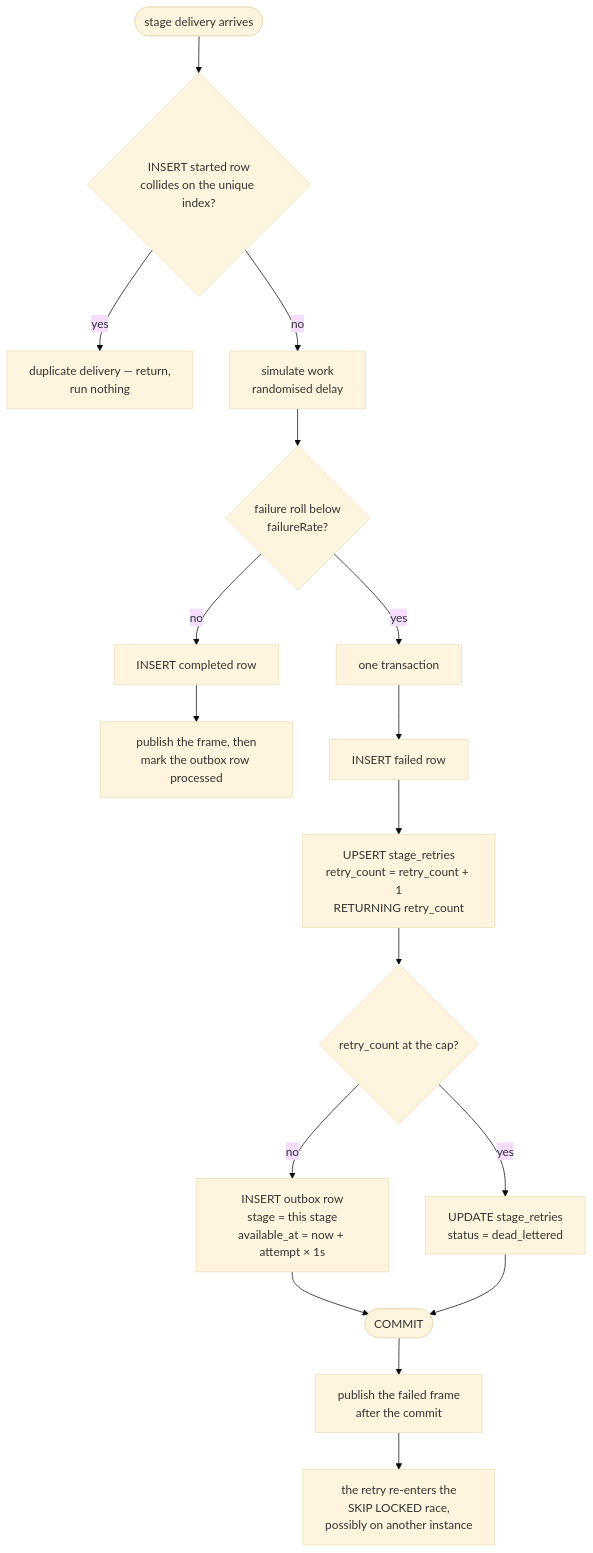
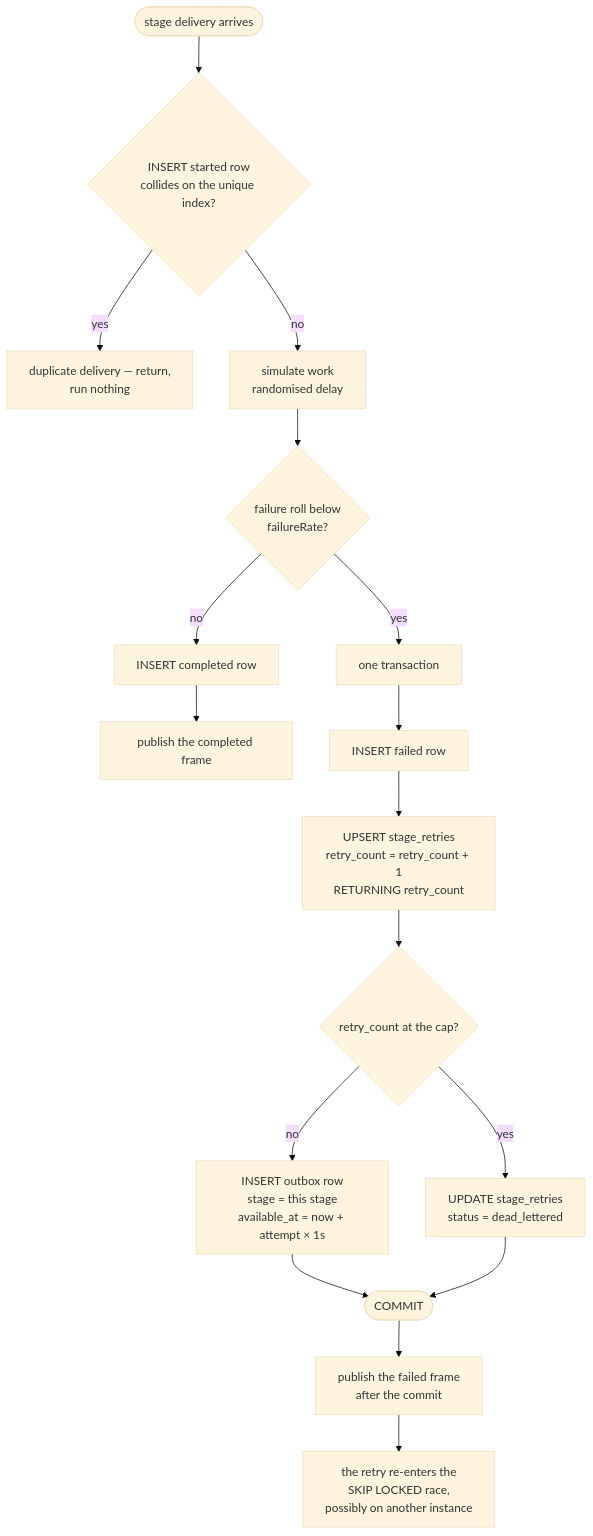
Before and after one commit to Mootaz12/order-outbox-lab: the third of 6 diagrams in README.md, drawn with Mermaid (base theme). The commit also changed other lines of this file and 51 other files, not shown here.

Commit message:
Add JSDoc, per-feature tests and READMEs, and architecture docs

````diff
--- a/README.md
+++ b/README.md
@@ -145,19 +159,19 @@
 ```mermaid
 flowchart TD
     start(["stage delivery arrives"]) --> claim{"INSERT started row<br/>collides on the unique index?"}
     claim -->|yes| skip["duplicate delivery — return,<br/>run nothing"]
     claim -->|no| work["simulate work<br/>randomised delay"]
     work --> roll{"failure roll below<br/>failureRate?"}
     roll -->|no| ok["INSERT completed row"]
-    ok --> pub_ok["publish the frame, then<br/>mark the outbox row processed"]
+    ok --> pub_ok["publish the completed frame"]
     roll -->|yes| txn["one transaction"]
     txn --> t1["INSERT failed row"]
     t1 --> t2["UPSERT stage_retries<br/>retry_count = retry_count + 1<br/>RETURNING retry_count"]
     t2 --> dec{"retry_count at the cap?"}
     dec -->|no| q["INSERT outbox row<br/>stage = this stage<br/>available_at = now + attempt × 1s"]
     dec -->|yes| dl["UPDATE stage_retries<br/>status = dead_lettered"]
     q --> commit(["COMMIT"])
     dl --> commit
     commit --> pub_fail["publish the failed frame<br/>after the commit"]
     pub_fail --> back["the retry re-enters the<br/>SKIP LOCKED race,<br/>possibly on another instance"]
 ```
````
